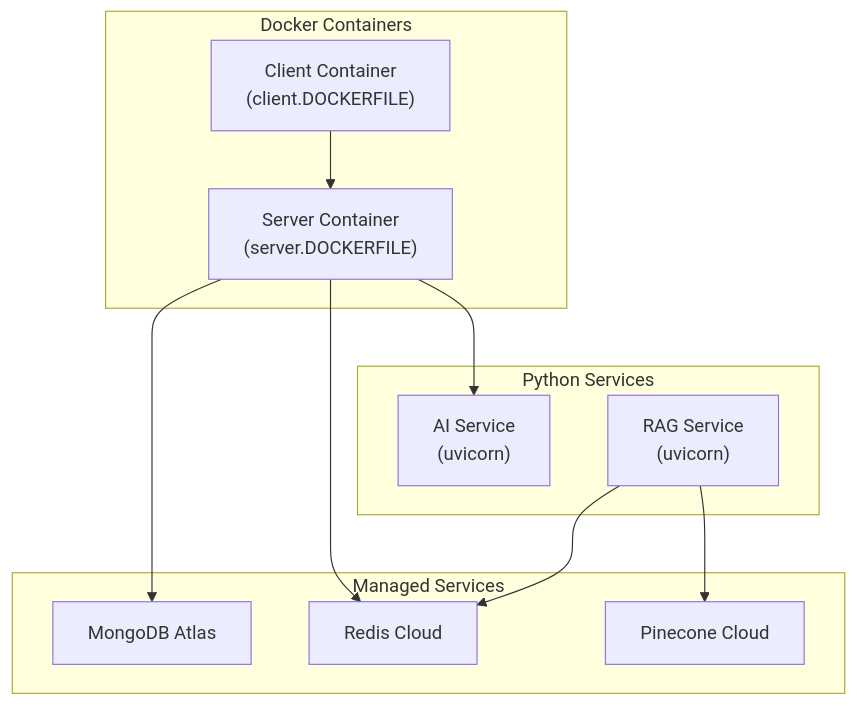
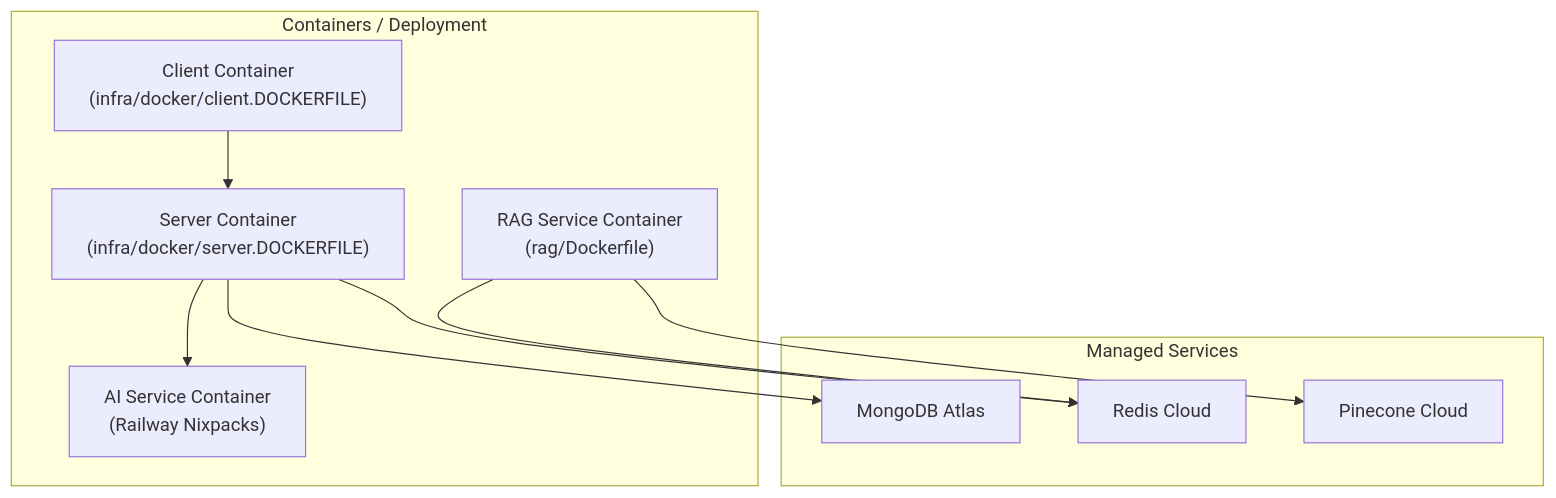
One commit to ashutosh2652/ReplyPilot changed the seventh of 7 diagrams in ARCHITECTURE.md. Above: the diagram before and after it, drawn with Mermaid. The commit also changed other lines of this file and 1 other file, not shown here.

Commit message:
updated readme and architecture file

````diff
--- a/ARCHITECTURE.md
+++ b/ARCHITECTURE.md
@@ -423,25 +438,22 @@
 ```mermaid
 graph TB
-    subgraph "Docker Containers"
-        C1["Client Container<br/>(client.DOCKERFILE)"]
-        C2["Server Container<br/>(server.DOCKERFILE)"]
+    subgraph "Containers / Deployment"
+        C1["Client Container<br/>(infra/docker/client.DOCKERFILE)"]
+        C2["Server Container<br/>(infra/docker/server.DOCKERFILE)"]
+        P1["AI Service Container<br/>(Railway Nixpacks)"]
+        P2["RAG Service Container<br/>(rag/Dockerfile)"]
     end
 
     subgraph "Managed Services"
         M1["MongoDB Atlas"]
         M2["Redis Cloud"]
         M3["Pinecone Cloud"]
-    end
-
-    subgraph "Python Services"
-        P1["AI Service<br/>(uvicorn)"]
-        P2["RAG Service<br/>(uvicorn)"]
     end
 
     C1 --> C2
     C2 --> M1
     C2 --> M2
     C2 --> P1
     P2 --> M2
     P2 --> M3
 ```
````
